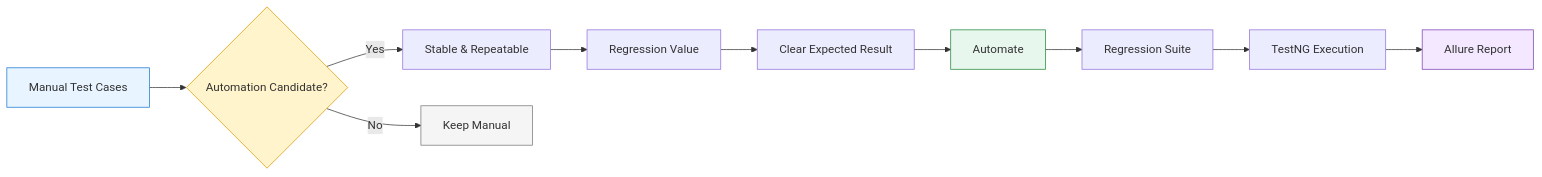
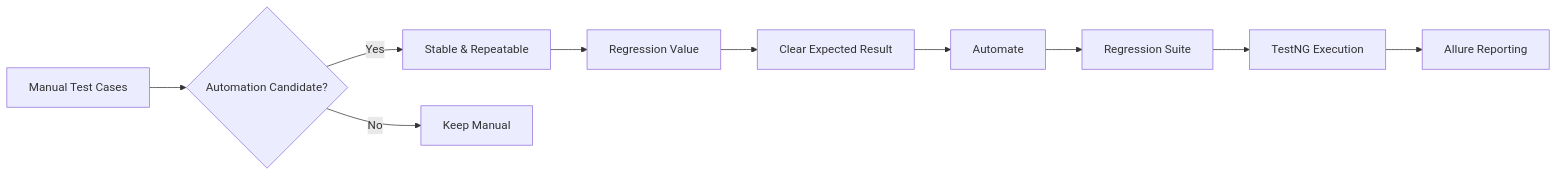
One commit to AnudeepPaladugu/qa-automation-framework changed the first of 3 diagrams in README.md. Above: the diagram before and after it, drawn with Mermaid. The commit also changed other lines of this file and 192 other files, not shown here.

````diff
--- a/README.md
+++ b/README.md
@@ -33,18 +54,12 @@
 ```mermaid
 flowchart LR
     A["Manual Test Cases"] --> B{"Automation Candidate?"}
     B -->|"Yes"| C["Stable & Repeatable"]
     B -->|"No"| D["Keep Manual"]
     C --> E["Regression Value"]
     E --> F["Clear Expected Result"]
     F --> G["Automate"]
     G --> H["Regression Suite"]
     H --> I["TestNG Execution"]
-    I --> J["Allure Report"]
-
-    style A fill:#e8f4ff,stroke:#1976d2
-    style B fill:#fff4cc,stroke:#d99a00
-    style D fill:#f5f5f5,stroke:#777
-    style G fill:#e8f7ee,stroke:#218739
-    style J fill:#f3e8ff,stroke:#7b3fb3
+    I --> J["Allure Reporting"]
 ```
````
